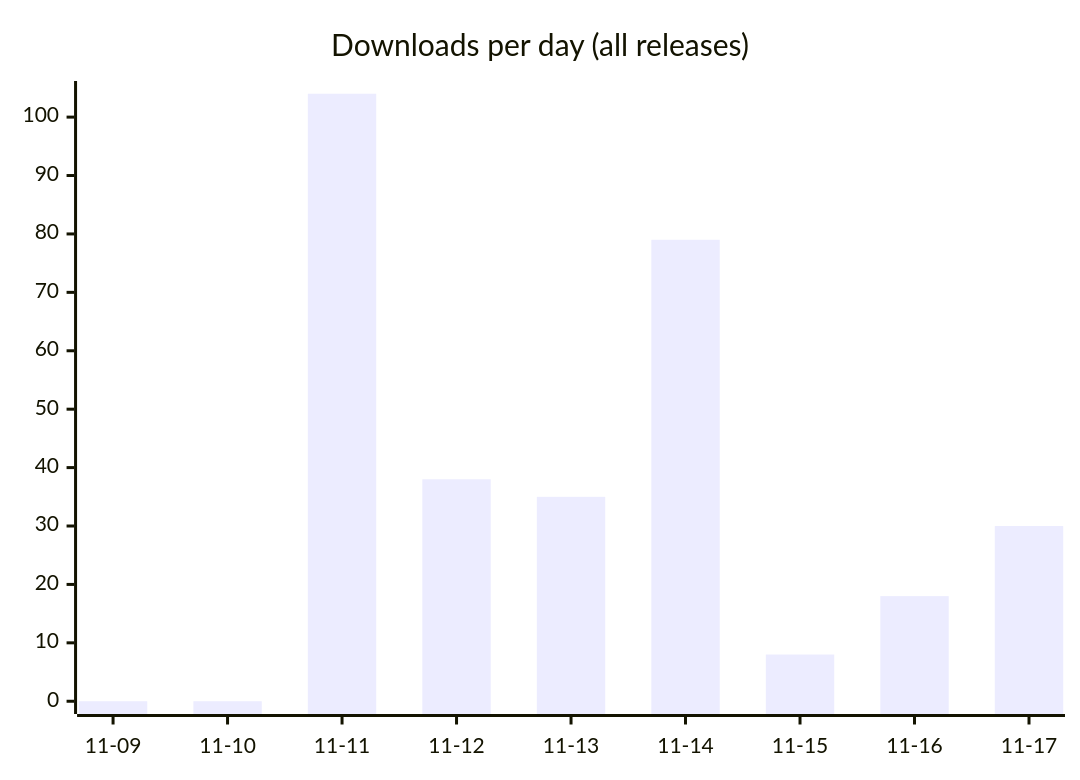
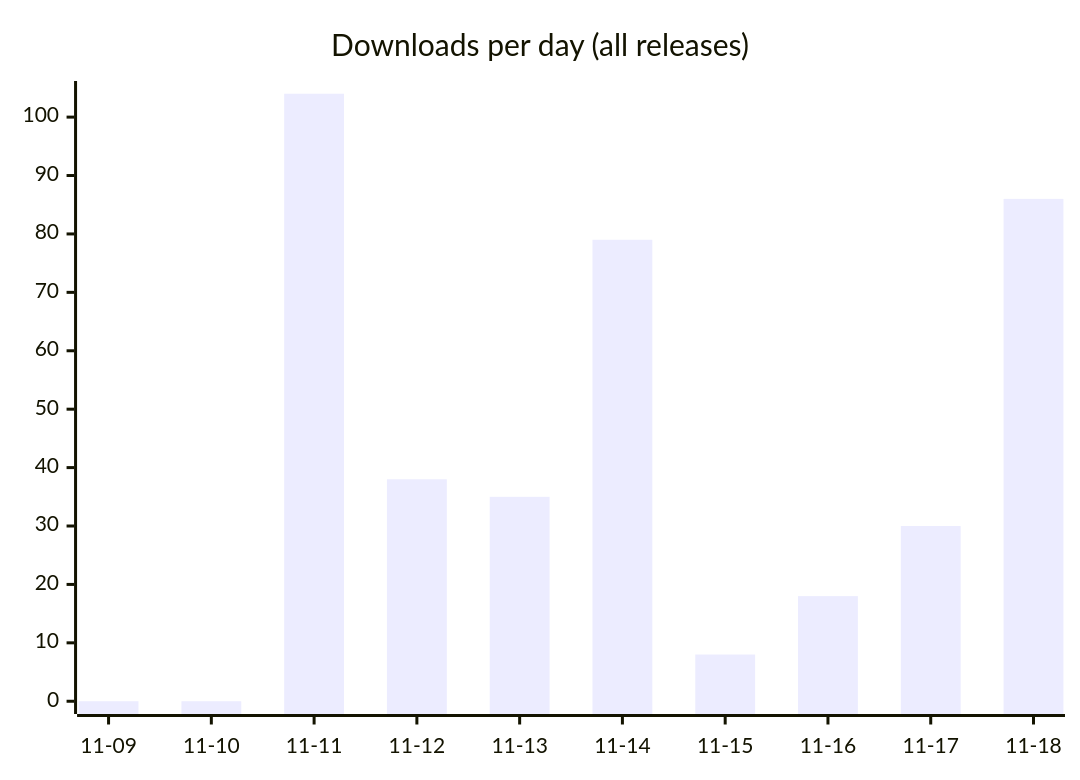
The first of 2 diagrams in README.md (fmadore/Kalamu), drawn with Mermaid before and after one commit. The commit also changed other lines of this file and 3 other files, not shown here.

````diff
--- a/README.md
+++ b/README.md
@@ -44,6 +45,6 @@
 ```mermaid
 xychart-beta
     title "Downloads per day (all releases)"
-    x-axis ["11-09", "11-10", "11-11", "11-12", "11-13", "11-14", "11-15", "11-16", "11-17"]
-    bar [0, 0, 104, 38, 35, 79, 8, 18, 30]
+    x-axis ["11-09", "11-10", "11-11", "11-12", "11-13", "11-14", "11-15", "11-16", "11-17", "11-18"]
+    bar [0, 0, 104, 38, 35, 79, 8, 18, 30, 86]
 ```
````
